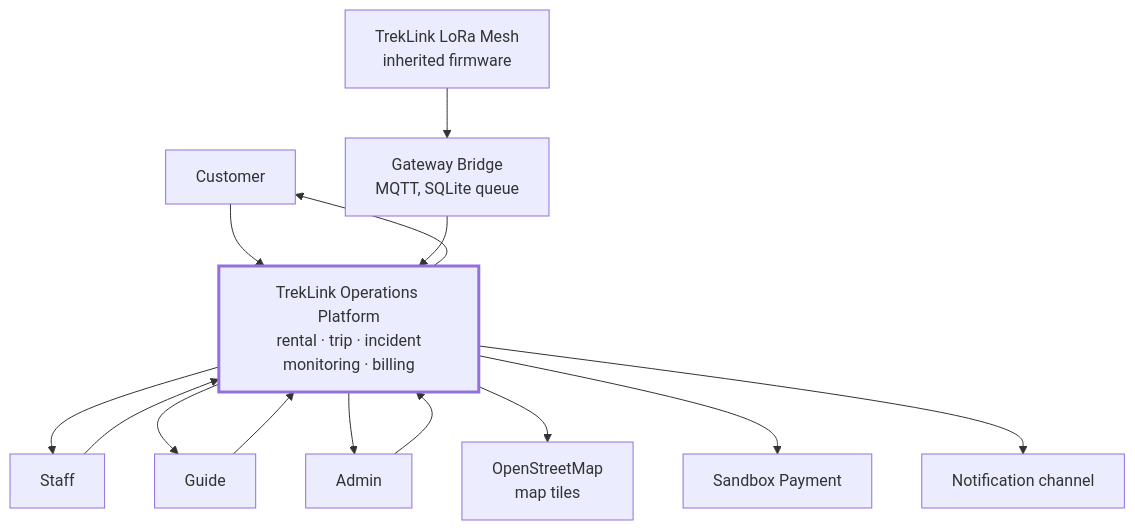
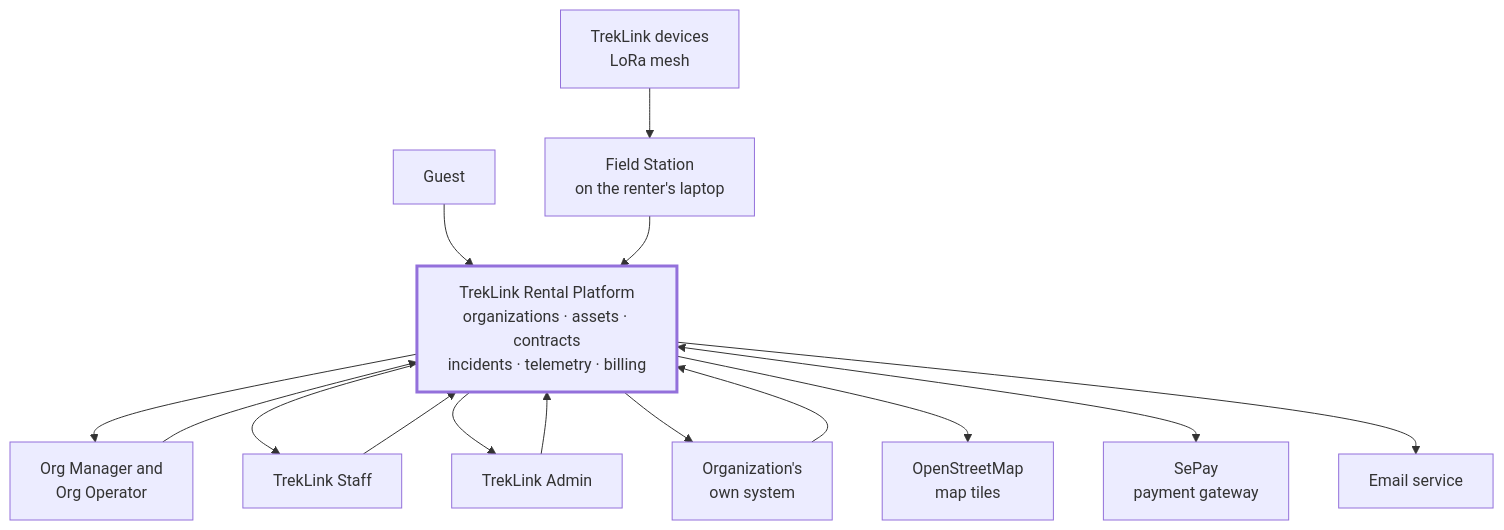
One commit to TrekLink-Team/treklink-docs changed the first of 7 diagrams in _docs/00-project-context/06-requirements-foundation.md. Above: the diagram before and after it, drawn with Mermaid. The commit also changed other lines of this file and 8 other files, not shown here.

First line of the commit message:
docs: rescope to an enterprise device-rental platform (D-033 to D-035)

````diff
--- a/_docs/00-project-context/06-requirements-foundation.md
+++ b/_docs/00-project-context/06-requirements-foundation.md
@@ -22,18 +24,19 @@
 ```mermaid
 flowchart TB
-    A1[Customer] --> SYS
-    A2[Staff] --> SYS
-    A3[Guide] --> SYS
-    A4[Admin] --> SYS
-    SYS --> A1
+    A1[Guest] --> SYS
+    A2[Org Manager and<br/>Org Operator] --> SYS
+    A3[TrekLink Staff] --> SYS
+    A4[TrekLink Admin] --> SYS
+    A5[Organization's<br/>own system] --> SYS
     SYS --> A2
     SYS --> A3
     SYS --> A4
-    SYS["TrekLink Operations Platform<br/>rental · trip · incident<br/>monitoring · billing"]
-    E1[TrekLink LoRa Mesh<br/>inherited firmware] --> E2[Gateway Bridge<br/>MQTT, SQLite queue]
+    SYS --> A5
+    SYS["TrekLink Rental Platform<br/>organizations · assets · contracts<br/>incidents · telemetry · billing"]
+    E1[TrekLink devices<br/>LoRa mesh] --> E2[Field Station<br/>on the renter's laptop]
     E2 --> SYS
     SYS --> E3[OpenStreetMap<br/>map tiles]
-    SYS --> E4[Sandbox Payment]
-    SYS --> E5[Notification channel]
+    SYS <--> E4[SePay<br/>payment gateway]
+    SYS --> E5[Email service]
     style SYS stroke-width:3px
 ```
````
